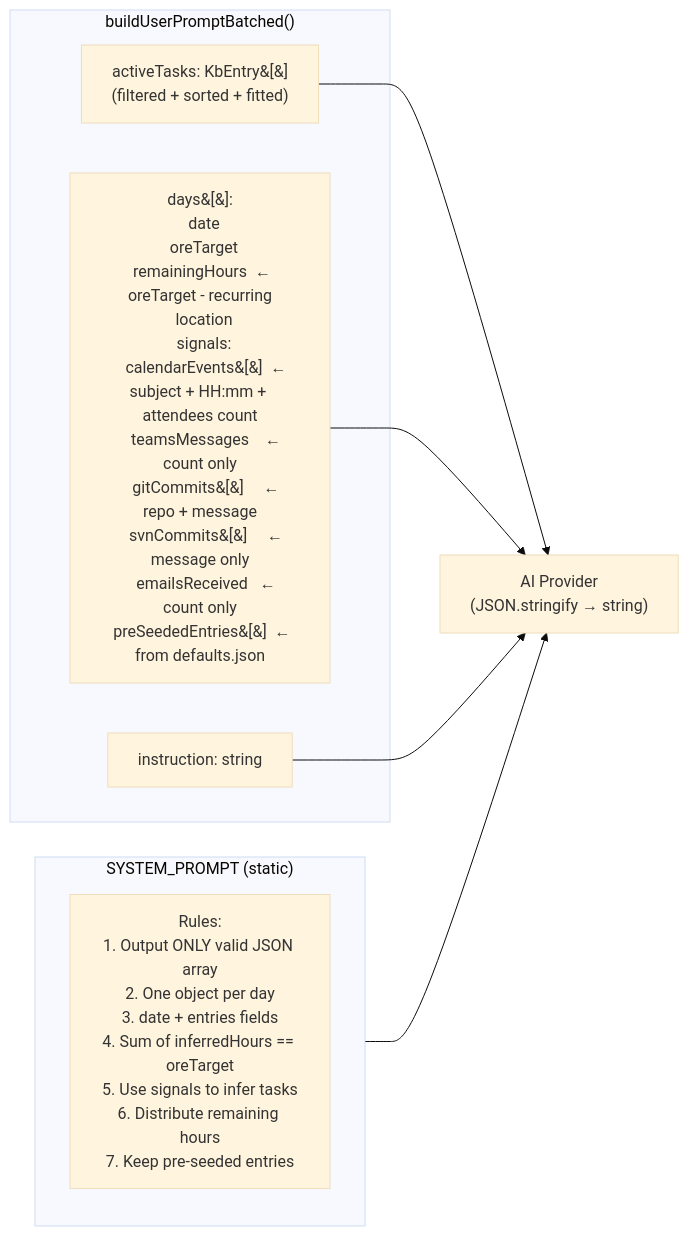
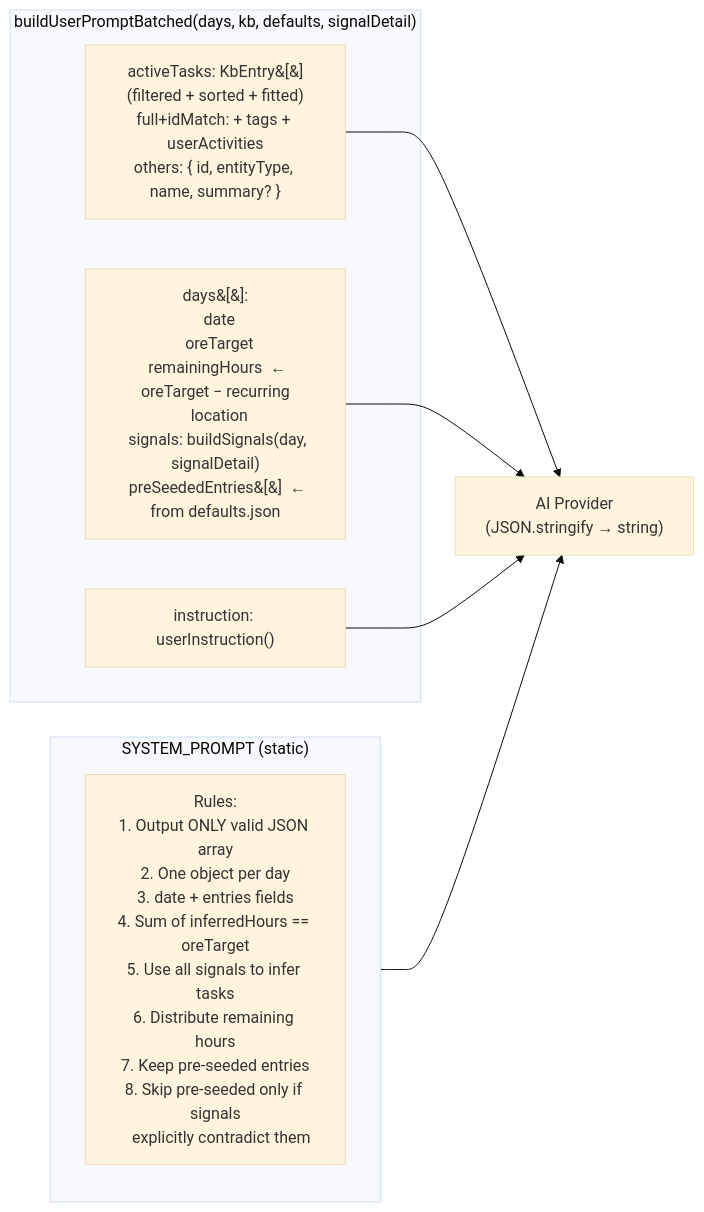
Before and after one commit to shinjigi/my_ms_graph_api_collector: the fourth of 10 diagrams in docs/AI-ANALYSIS.md, drawn with Mermaid (base theme). The commit also changed other lines of this file and 15 other files, not shown here.

Commit message:
[my_ms_graph_api_collector][#324913] PC emails network TP #2026 - Teams refactoring (per-chat storage, aggressive sanitization) and aggregator optimization (activeDays index). Added email pagination and reprocessing script.

````diff
--- a/docs/AI-ANALYSIS.md
+++ b/docs/AI-ANALYSIS.md
@@ -191,15 +218,15 @@
 ```mermaid
 flowchart LR
     subgraph SystemPrompt["SYSTEM_PROMPT (static)"]
-        SP["Rules:\n1. Output ONLY valid JSON array\n2. One object per day\n3. date + entries fields\n4. Sum of inferredHours == oreTarget\n5. Use signals to infer tasks\n6. Distribute remaining hours\n7. Keep pre-seeded entries"]
+        SP["Rules:\n1. Output ONLY valid JSON array\n2. One object per day\n3. date + entries fields\n4. Sum of inferredHours == oreTarget\n5. Use all signals to infer tasks\n6. Distribute remaining hours\n7. Keep pre-seeded entries\n8. Skip pre-seeded only if signals\n   explicitly contradict them"]
     end
 
-    subgraph UserPrompt["buildUserPromptBatched()"]
-        UP_KB["activeTasks: KbEntry&#91;&#93;\n(filtered + sorted + fitted)"]
-        UP_DAYS["days&#91;&#93;:\n  date\n  oreTarget\n  remainingHours  ← oreTarget - recurring\n  location\n  signals:\n    calendarEvents&#91;&#93;  ← subject + HH:mm + attendees count\n    teamsMessages    ← count only\n    gitCommits&#91;&#93;     ← repo + message\n    svnCommits&#91;&#93;     ← message only\n    emailsReceived   ← count only\n  preSeededEntries&#91;&#93;  ← from defaults.json"]
-        UP_INS["instruction: string"]
+    subgraph UserPrompt["buildUserPromptBatched(days, kb, defaults, signalDetail)"]
+        UP_KB["activeTasks: KbEntry&#91;&#93;\n(filtered + sorted + fitted)\nfull+idMatch: + tags + userActivities\nothers: { id, entityType, name, summary? }"]
+        UP_DAYS["days&#91;&#93;:\n  date\n  oreTarget\n  remainingHours  ← oreTarget − recurring\n  location\n  signals: buildSignals(day, signalDetail)\n  preSeededEntries&#91;&#93;  ← from defaults.json"]
+        UP_INS["instruction: userInstruction()"]
     end
 
     SystemPrompt --> Provider
     UP_KB & UP_DAYS & UP_INS --> Provider["AI Provider\n(JSON.stringify → string)"]
 ```
````
